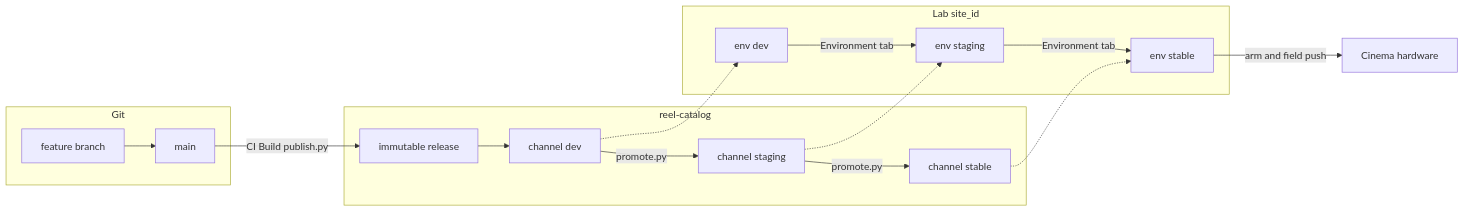
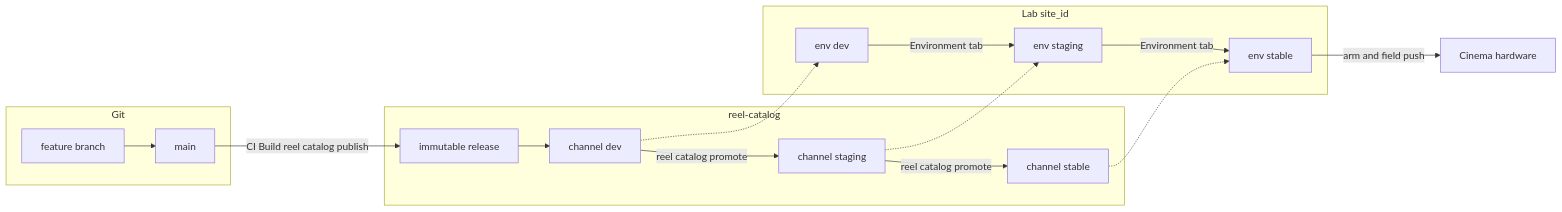
The diagram in SDLC.md (reelcommerce/reel-catalog), drawn with Mermaid before and after one commit. The commit also changed other lines of this file and 2 other files, not shown here.

First line of the commit message:
Document reel catalog publish/promote as the CLI interface.

````diff
--- a/SDLC.md
+++ b/SDLC.md
@@ -55,29 +56,29 @@
 ```mermaid
 flowchart LR
   subgraph git [Git]
     feat[feature branch]
     main[main]
     feat --> main
   end
   subgraph catalog [reel-catalog]
     rel[immutable release]
     dev[channel dev]
     stg[channel staging]
     stab[channel stable]
-    main -->|CI Build publish.py| rel
+    main -->|CI Build reel catalog publish| rel
     rel --> dev
-    dev -->|promote.py| stg
-    stg -->|promote.py| stab
+    dev -->|reel catalog promote| stg
+    stg -->|reel catalog promote| stab
   end
   subgraph site [Lab site_id]
     sDev[env dev]
     sStg[env staging]
     sProd[env stable]
     sDev -->|Environment tab| sStg
     sStg -->|Environment tab| sProd
   end
   dev -.-> sDev
   stg -.-> sStg
   stab -.-> sProd
   sProd -->|arm and field push| field[Cinema hardware]
 ```
````
